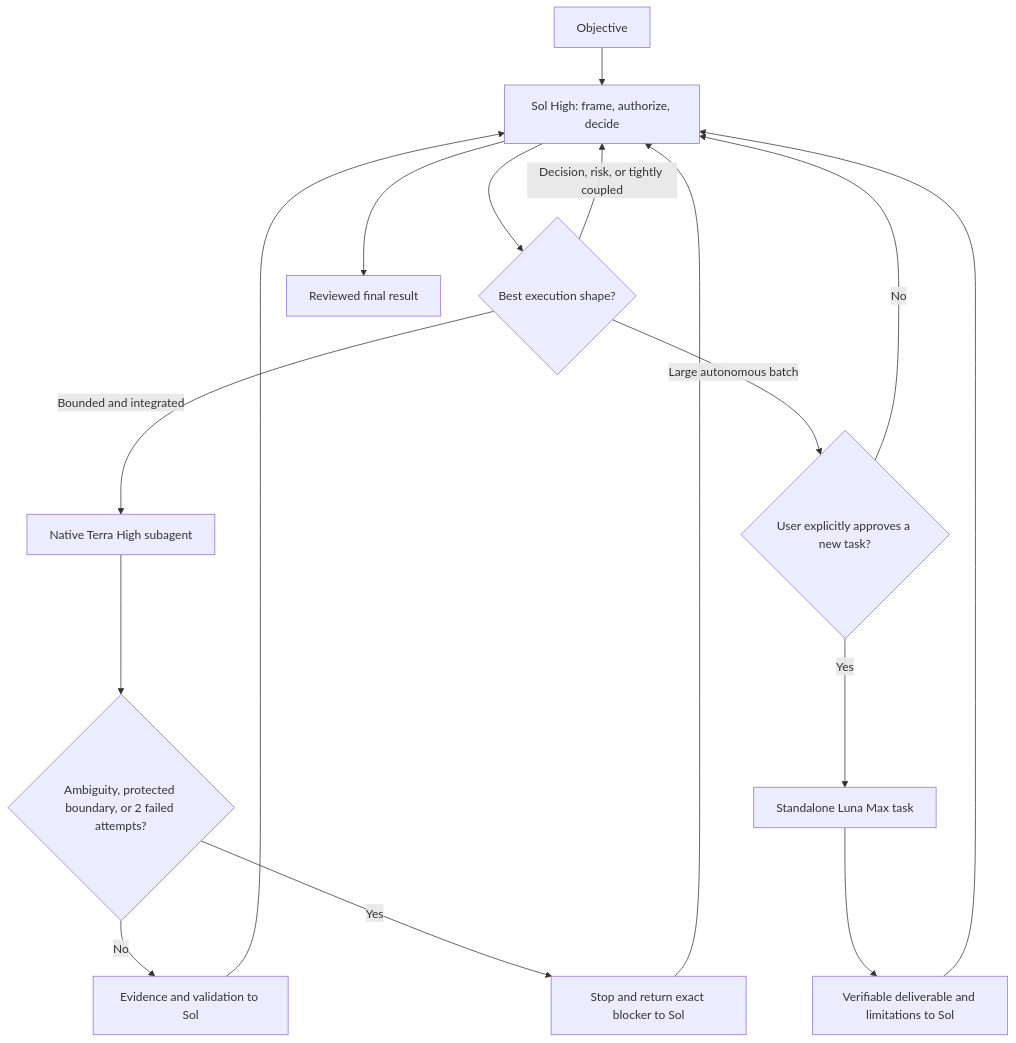
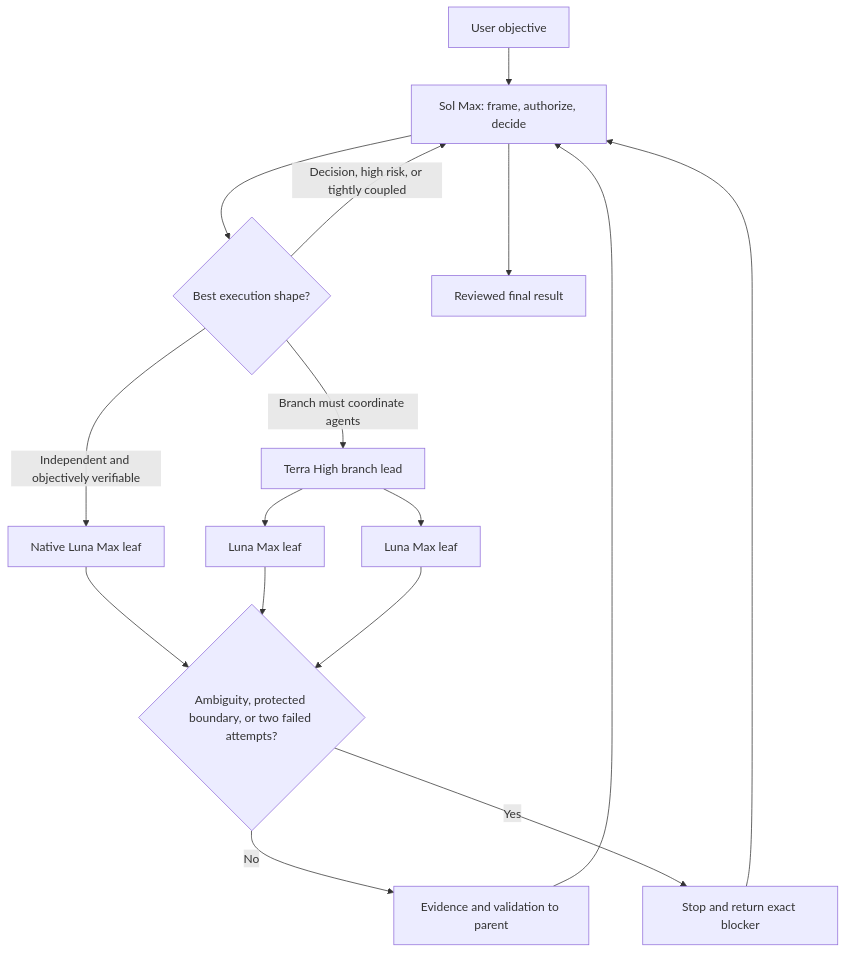
One commit to augiefra/codex-sol-terra-orchestration changed the diagram in README.md. Above: the diagram before and after it, drawn with Mermaid. The commit also changed other lines of this file and 12 other files, not shown here.

First line of the commit message:
Adopt native Luna Max leaf routing

````diff
--- a/README.md
+++ b/README.md
@@ -24,18 +34,18 @@
 ```mermaid
 flowchart TD
-    U["Objective"] --> S["Sol High: frame, authorize, decide"]
+    U["User objective"] --> S["Sol Max: frame, authorize, decide"]
     S --> Q{"Best execution shape?"}
-    Q -->|"Decision, risk, or tightly coupled"| S
-    Q -->|"Bounded and integrated"| T["Native Terra High subagent"]
-    Q -->|"Large autonomous batch"| A{"User explicitly approves a new task?"}
-    A -->|"No"| S
-    A -->|"Yes"| L["Standalone Luna Max task"]
-    T --> G{"Ambiguity, protected boundary, or 2 failed attempts?"}
-    G -->|"No"| R["Evidence and validation to Sol"]
-    G -->|"Yes"| B["Stop and return exact blocker to Sol"]
-    L --> H["Verifiable deliverable and limitations to Sol"]
+    Q -->|"Decision, high risk, or tightly coupled"| S
+    Q -->|"Independent and objectively verifiable"| L["Native Luna Max leaf"]
+    Q -->|"Branch must coordinate agents"| T["Terra High branch lead"]
+    T --> L2["Luna Max leaf"]
+    T --> L3["Luna Max leaf"]
+    L --> G{"Ambiguity, protected boundary, or two failed attempts?"}
+    L2 --> G
+    L3 --> G
+    G -->|"No"| R["Evidence and validation to parent"]
+    G -->|"Yes"| B["Stop and return exact blocker"]
     R --> S
     B --> S
-    H --> S
     S --> F["Reviewed final result"]
 ```
````
